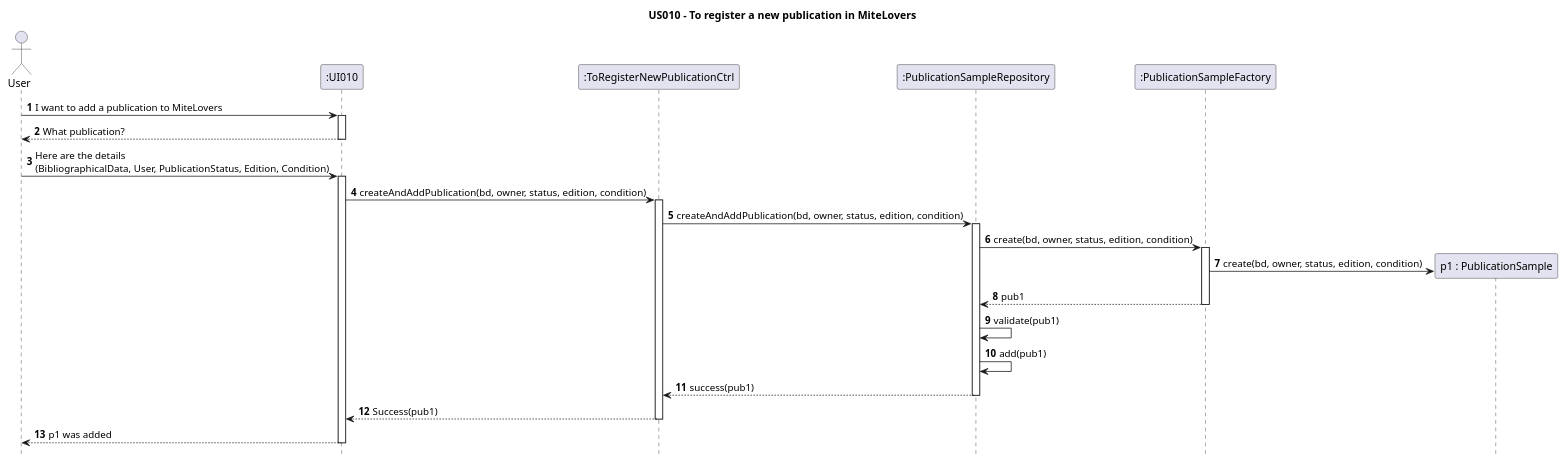
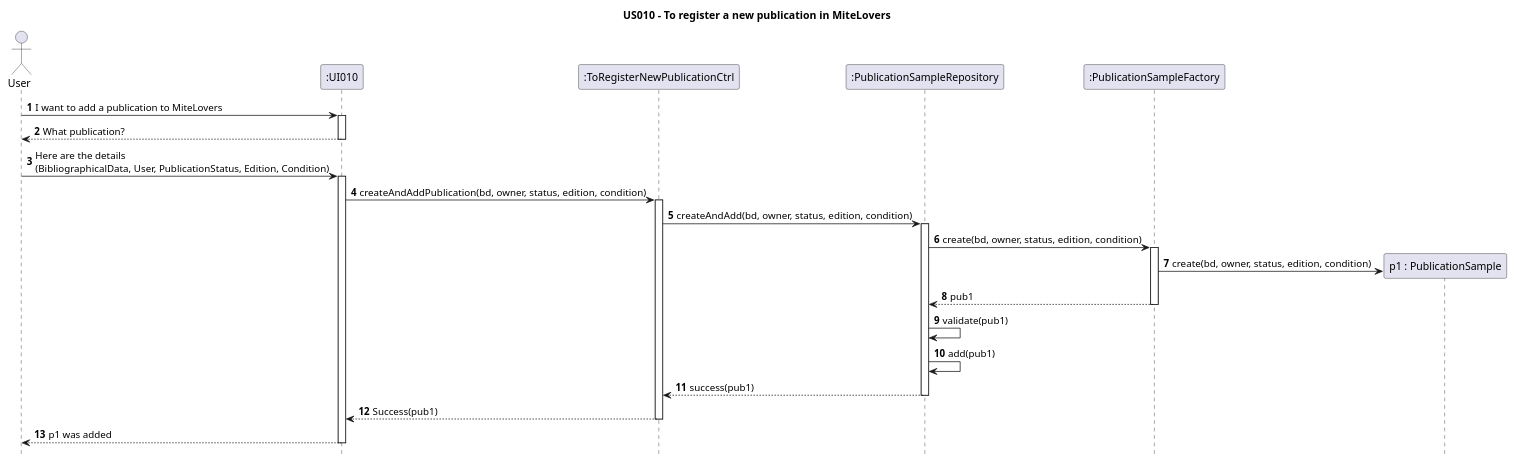
Before and after one commit to AndrePereiraGitH/SWitCH-Project-Team_A: the diagram in Diagrams/SequenceDiagrams/N2/US010-to-register-a-publication-to-add-to-library.puml, drawn with PlantUML. The commit also changed 1 other file, not shown here.

Commit message:
Working on #223, corrected small mistakes in SD and CD diagram

```diff
--- a/Diagrams/SequenceDiagrams/N2/US010-to-register-a-publication-to-add-to-library.puml
+++ b/Diagrams/SequenceDiagrams/N2/US010-to-register-a-publication-to-add-to-library.puml
@@ -1,52 +1,52 @@
 @startuml
 hide footbox
 autonumber
 title US010 - To register a new publication in MiteLovers
 
 ' As a User, I want to register a new publication
 ' in the system, so that I can add the
 ' publication to my library.
 
 actor User
 participant ":UI010" as UI
 participant ":ToRegisterNewPublicationCtrl" as Ctrl
 participant ":PublicationSampleRepository" as SystemRepo
 participant ":PublicationSampleFactory" as Factory
 
 User -> UI : I want to add a publication to MiteLovers
 activate UI
 
 UI --> User : What publication?
 deactivate UI
 
 User -> UI : Here are the details \n(BibliographicalData, User, PublicationStatus, Edition, Condition)
 activate UI
 
 UI -> Ctrl : createAndAddPublication(bd, owner, status, edition, condition)
 activate Ctrl
 
-Ctrl -> SystemRepo : createAndAddPublication(bd, owner, status, edition, condition)
+Ctrl -> SystemRepo : createAndAdd(bd, owner, status, edition, condition)
 activate SystemRepo
 
 SystemRepo -> Factory : create(bd, owner, status, edition, condition)
 activate Factory
 
 create "p1 : PublicationSample" as pub1
 Factory -> pub1 : create(bd, owner, status, edition, condition)
 
 Factory --> SystemRepo : pub1
 deactivate Factory
 
 SystemRepo -> SystemRepo : validate(pub1)
 SystemRepo -> SystemRepo : add(pub1)
 
 SystemRepo --> Ctrl : success(pub1)
 deactivate SystemRepo
 
 Ctrl --> UI : Success(pub1)
 deactivate Ctrl
 
 UI --> User : p1 was added
 deactivate UI
 
 @enduml
```
